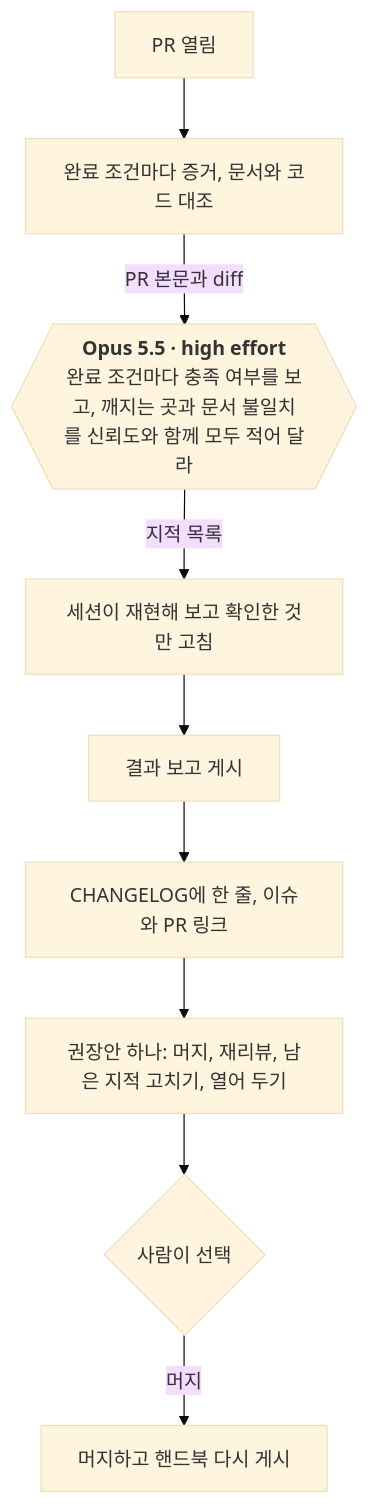
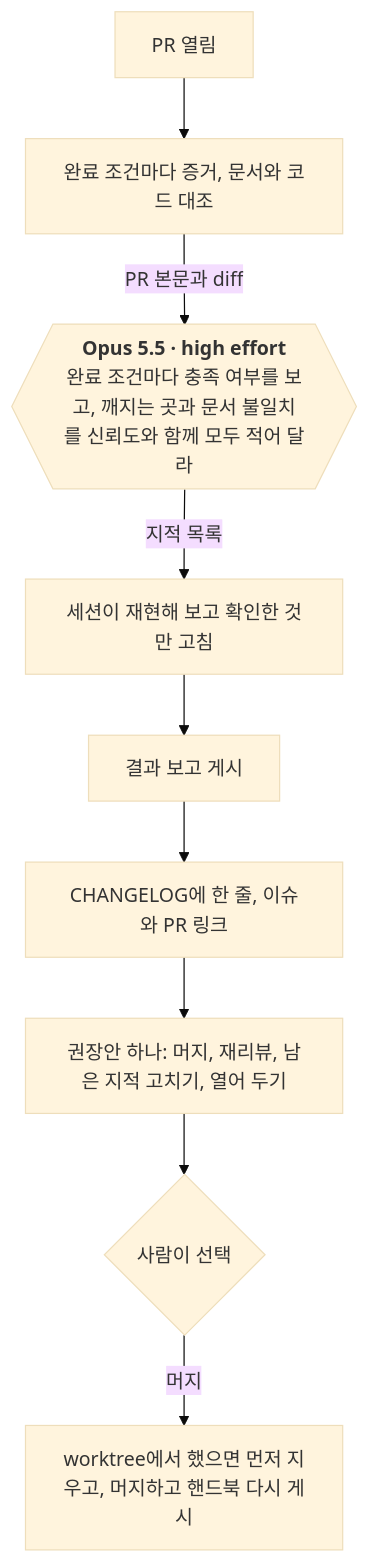
The seventh of 9 diagrams in docs/system/flows.md (dincal/agent_logbook), drawn with Mermaid (base theme) before and after one commit. The commit also changed other lines of this file and 17 other files, not shown here.

````diff
--- a/docs/system/flows.md
+++ b/docs/system/flows.md
@@ -186,12 +193,12 @@
 ```mermaid
 flowchart TD
   PR["PR 열림"] --> EV["완료 조건마다 증거, 문서와 코드 대조"]
   EV -->|"PR 본문과 diff"| RV{{"`**Opus 5.5 · high effort**
   완료 조건마다 충족 여부를 보고, 깨지는 곳과 문서 불일치를 신뢰도와 함께 모두 적어 달라`"}}
   RV -->|"지적 목록"| VF["세션이 재현해 보고 확인한 것만 고침"]
   VF --> DB["결과 보고 게시"]
   DB --> CL["CHANGELOG에 한 줄, 이슈와 PR 링크"]
   CL --> RC["권장안 하나: 머지, 재리뷰, 남은 지적 고치기, 열어 두기"]
   RC --> Q{"사람이 선택"}
-  Q -->|"머지"| HB["머지하고 핸드북 다시 게시"]
+  Q -->|"머지"| HB["worktree에서 했으면 먼저 지우고, 머지하고 핸드북 다시 게시"]
 ```
````
